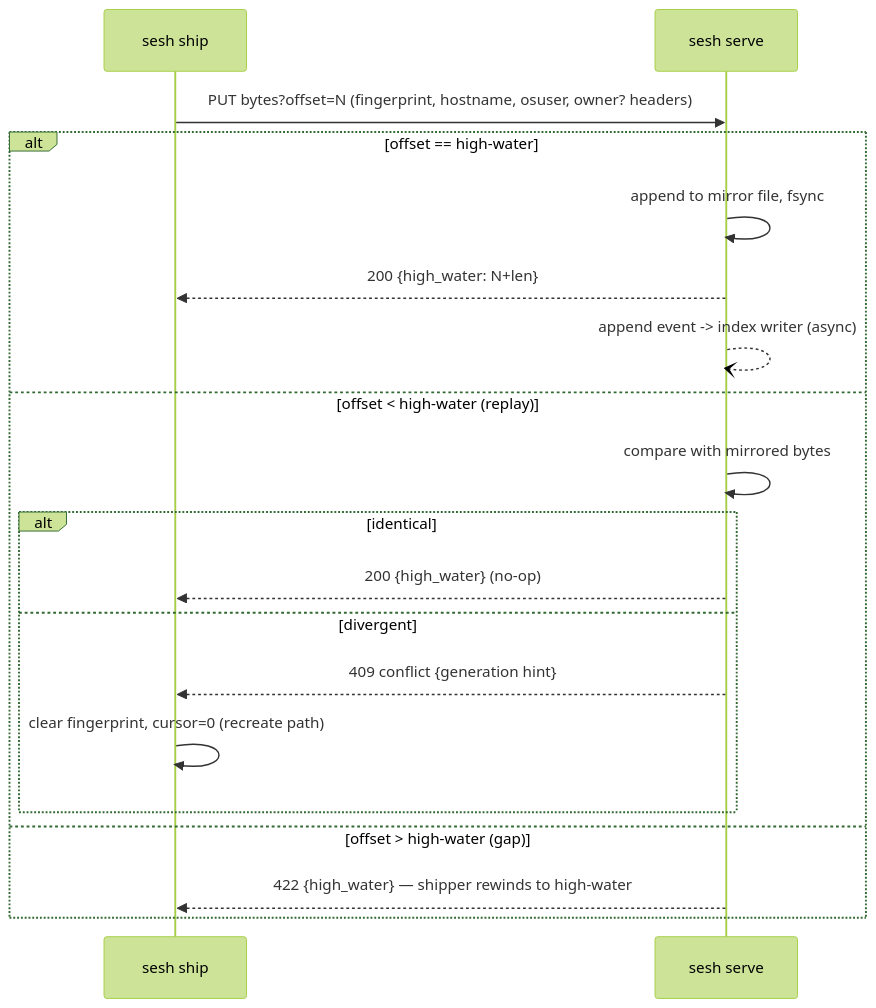
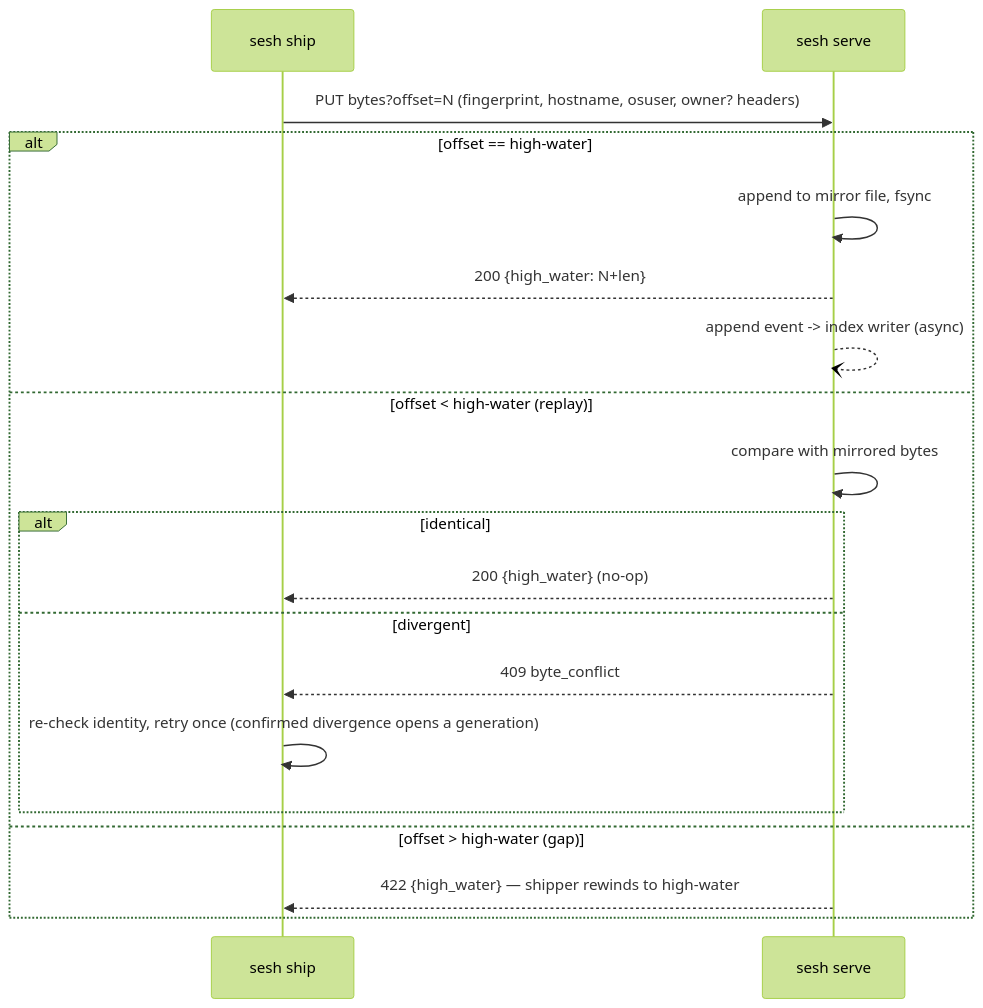
One commit to yaminfinex/ai-config changed the third of 3 diagrams in docs/plans/2026-07-09-001-feat-sesh-session-service-plan.md. Above: the diagram before and after it, drawn with Mermaid (forest theme). The commit also changed other lines of this file and 3 other files, not shown here.

Commit message:
backlog: supersession audit — TASK-105 + TASK-107 closed against merged main; plan R7/diagrams synced to frozen wire; surviving residuals re-filed

````diff
--- a/docs/plans/2026-07-09-001-feat-sesh-session-service-plan.md
+++ b/docs/plans/2026-07-09-001-feat-sesh-session-service-plan.md
@@ -173,21 +173,21 @@
 ```mermaid
 sequenceDiagram
   participant S as sesh ship
   participant ST as sesh serve
   S->>ST: PUT bytes?offset=N (fingerprint, hostname, osuser, owner? headers)
   alt offset == high-water
     ST->>ST: append to mirror file, fsync
     ST-->>S: 200 {high_water: N+len}
     ST--)ST: append event -> index writer (async)
   else offset < high-water (replay)
     ST->>ST: compare with mirrored bytes
     alt identical
       ST-->>S: 200 {high_water} (no-op)
     else divergent
-      ST-->>S: 409 conflict {generation hint}
-      S->>S: clear fingerprint, cursor=0 (recreate path)
+      ST-->>S: 409 byte_conflict
+      S->>S: re-check identity, retry once (confirmed divergence opens a generation)
     end
   else offset > high-water (gap)
     ST-->>S: 422 {high_water} — shipper rewinds to high-water
   end
 ```
````
